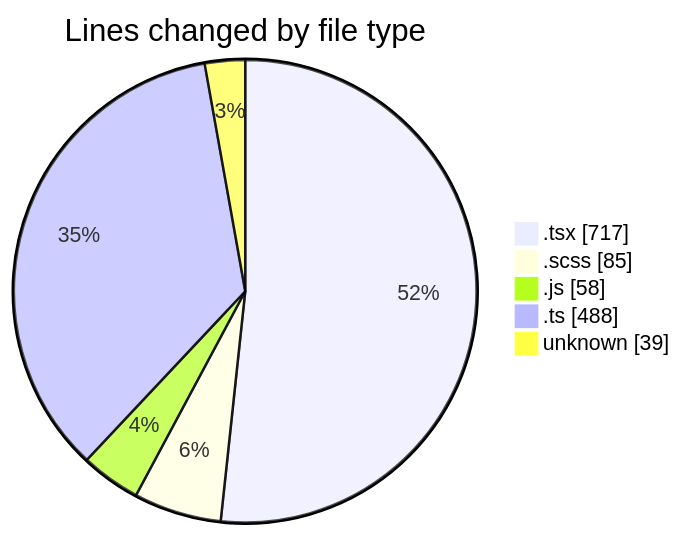
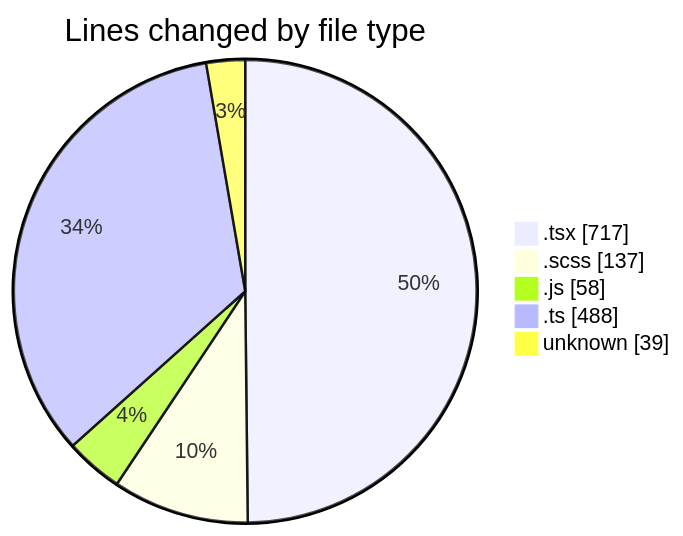
The first of 2 diagrams in 2025-05-02/cda/README.md (momahboobian/code-tracking), drawn with Mermaid before and after one commit. The commit also changed other lines of this file and 1 other file, not shown here.

````diff
--- a/2025-05-02/cda/README.md
+++ b/2025-05-02/cda/README.md
@@ -28,9 +28,9 @@
 ```mermaid
 pie showData
 title Lines changed by file type
 ".tsx" : 717
-".scss" : 85
+".scss" : 137
 ".js" : 58
 ".ts" : 488
 "unknown" : 39
 ```
````
